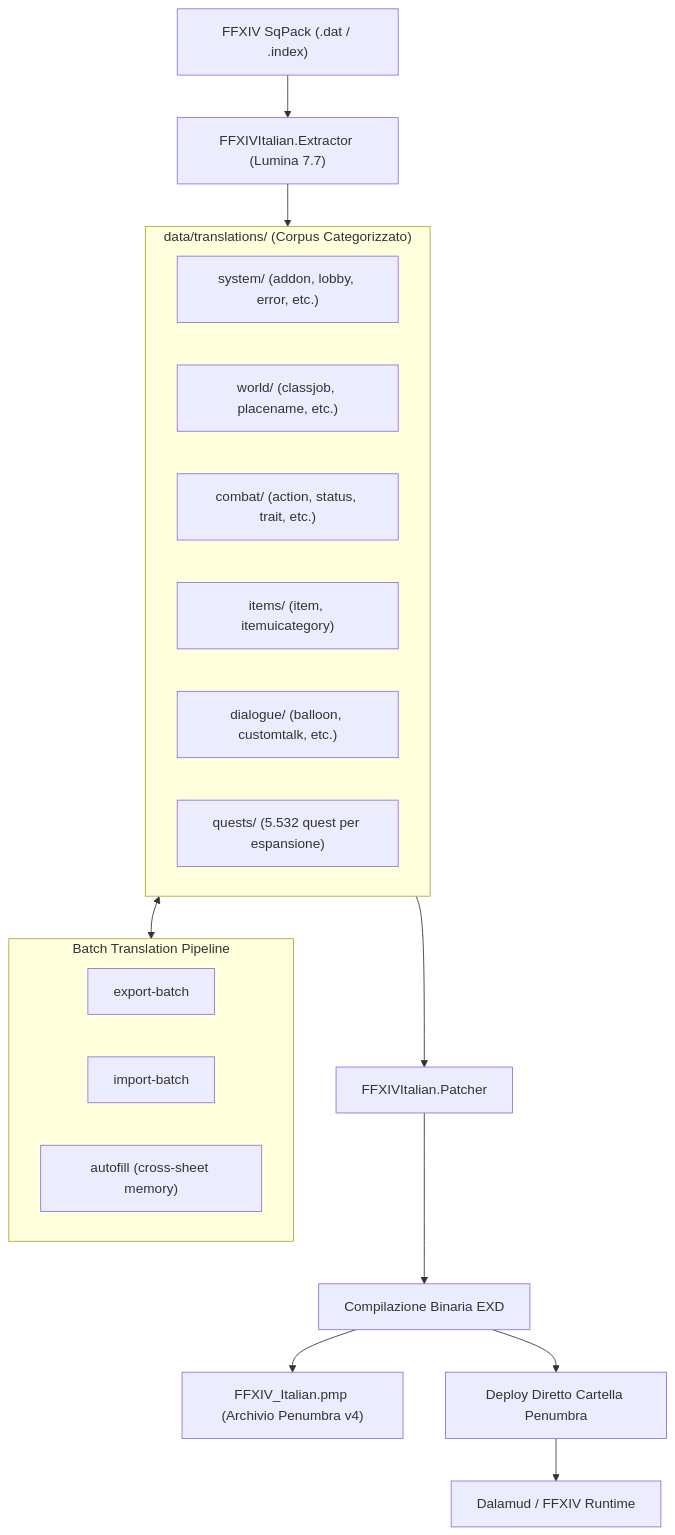
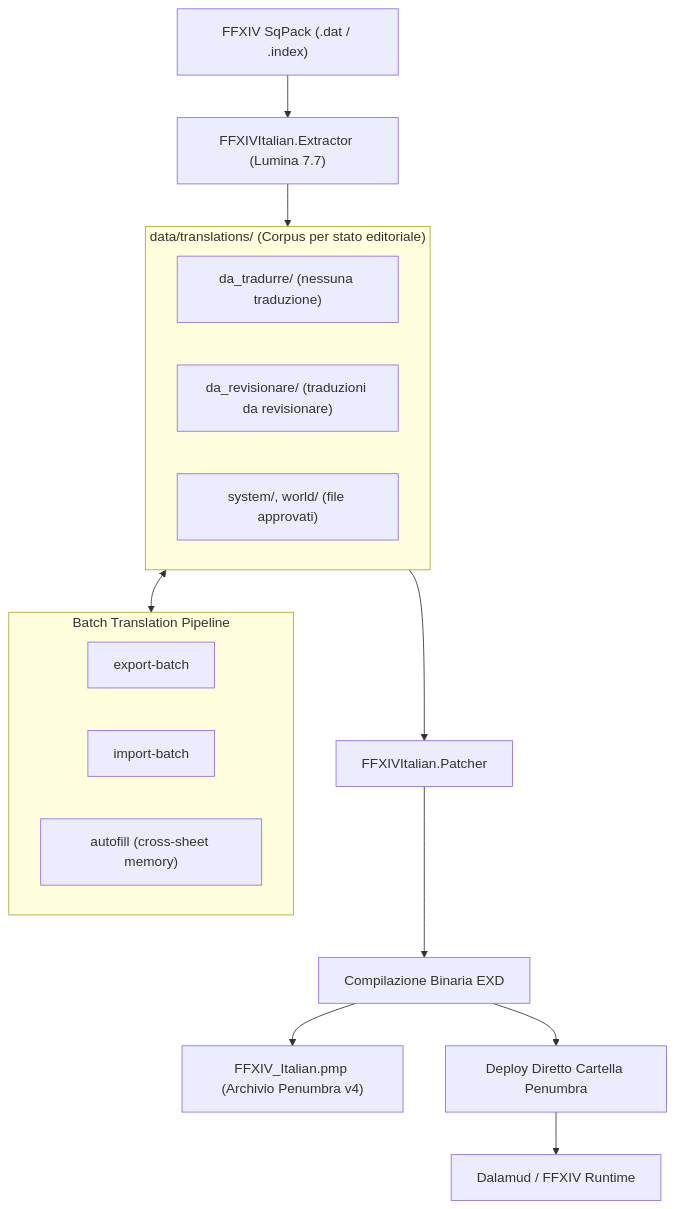
Before and after one commit to IsamuBarbieri/FFXIV_Italian: the diagram in docs/ARCHITECTURE.md, drawn with Mermaid. The commit also changed other lines of this file and 5944 other files, not shown here.

First line of the commit message:
feat(corpus): organize sheets by editorial status

````diff
--- a/docs/ARCHITECTURE.md
+++ b/docs/ARCHITECTURE.md
@@ -9,29 +9,26 @@
 ```mermaid
 flowchart TD
     SqPack["FFXIV SqPack (.dat / .index)"] --> Extractor["FFXIVItalian.Extractor (Lumina 7.7)"]
     
-    subgraph Storage["data/translations/ (Corpus Categorizzato)"]
-        system["system/ (addon, lobby, error, etc.)"]
-        world["world/ (classjob, placename, etc.)"]
-        combat["combat/ (action, status, trait, etc.)"]
-        items["items/ (item, itemuicategory)"]
-        dialogue["dialogue/ (balloon, customtalk, etc.)"]
-        quests["quests/ (5.532 quest per espansione)"]
+    subgraph Storage["data/translations/ (Corpus per stato editoriale)"]
+        pending["da_tradurre/ (nessuna traduzione)"]
+        review["da_revisionare/ (traduzioni da revisionare)"]
+        approved["system/, world/ (file approvati)"]
     end
     
     Extractor --> Storage
     
     subgraph BatchSystem["Batch Translation Pipeline"]
         Export["export-batch"]
         Import["import-batch"]
         Autofill["autofill (cross-sheet memory)"]
     end
     
     Storage <--> BatchSystem
     
     Storage --> Patcher["FFXIVItalian.Patcher"]
     Patcher --> EXD["Compilazione Binaria EXD"]
     EXD --> PMP["FFXIV_Italian.pmp (Archivio Penumbra v4)"]
     EXD --> ActiveMod["Deploy Diretto Cartella Penumbra"]
     ActiveMod --> Dalamud["Dalamud / FFXIV Runtime"]
 ```
````
